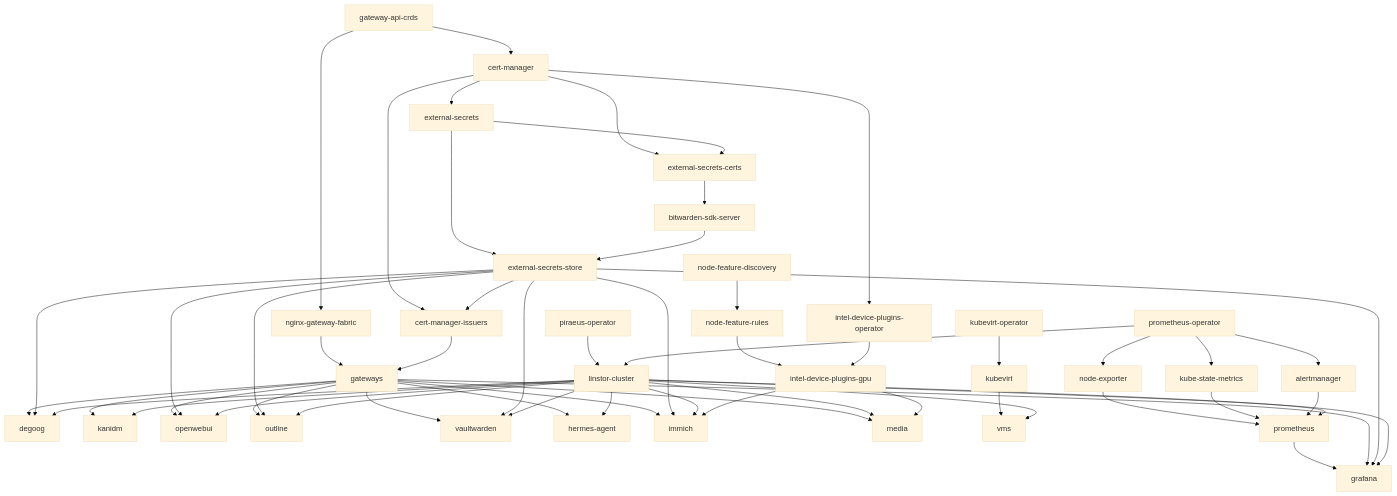
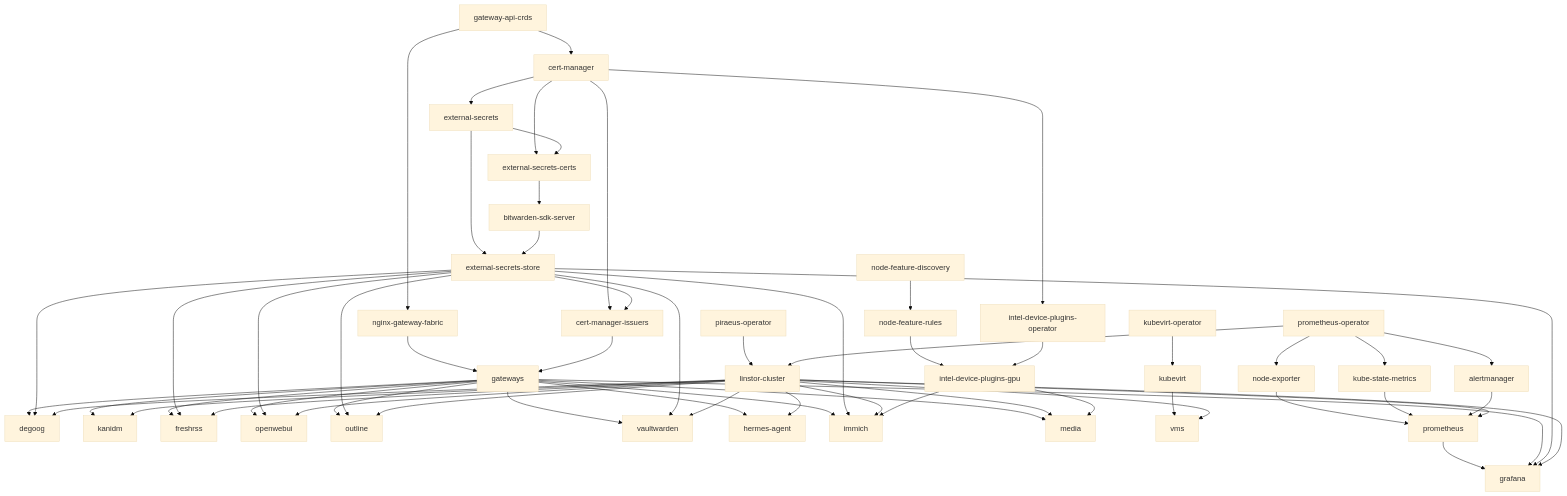
One commit to martinxtinto/k8s-flux changed the diagram in README.md. Above: the diagram before and after it, drawn with Mermaid (base theme). The commit also changed other lines of this file and 8 other files, not shown here.

````diff
--- a/README.md
+++ b/README.md
@@ -30,58 +30,61 @@
 ```mermaid
 flowchart TD
   gateway-api-crds --> cert-manager
   gateway-api-crds --> nginx-gateway-fabric
   cert-manager --> external-secrets
   cert-manager --> external-secrets-certs
   external-secrets --> external-secrets-certs
   external-secrets --> external-secrets-store
   external-secrets-certs --> bitwarden-sdk-server
   bitwarden-sdk-server --> external-secrets-store
   cert-manager --> cert-manager-issuers
   external-secrets-store --> cert-manager-issuers
   nginx-gateway-fabric --> gateways
   cert-manager-issuers --> gateways
   piraeus-operator --> linstor-cluster
   prometheus-operator --> linstor-cluster
   kubevirt-operator --> kubevirt
   cert-manager --> intel-device-plugins-operator
   node-feature-discovery --> node-feature-rules
   node-feature-rules --> intel-device-plugins-gpu
   intel-device-plugins-operator --> intel-device-plugins-gpu
   gateways --> degoog
   external-secrets-store --> degoog
   linstor-cluster --> degoog
   gateways --> kanidm
   linstor-cluster --> kanidm
+  gateways --> freshrss
+  external-secrets-store --> freshrss
+  linstor-cluster --> freshrss
   gateways --> openwebui
   external-secrets-store --> openwebui
   linstor-cluster --> openwebui
   gateways --> outline
   external-secrets-store --> outline
   linstor-cluster --> outline
   gateways --> vaultwarden
   external-secrets-store --> vaultwarden
   linstor-cluster --> vaultwarden
   gateways --> hermes-agent
   linstor-cluster --> hermes-agent
   gateways --> immich
   external-secrets-store --> immich
   linstor-cluster --> immich
   intel-device-plugins-gpu --> immich
   gateways --> media
   linstor-cluster --> media
   intel-device-plugins-gpu --> media
   kubevirt --> vms
   linstor-cluster --> vms
   prometheus-operator --> node-exporter
   prometheus-operator --> kube-state-metrics
   prometheus-operator --> alertmanager
   node-exporter --> prometheus
   kube-state-metrics --> prometheus
   alertmanager --> prometheus
   linstor-cluster --> prometheus
   prometheus --> grafana
   gateways --> grafana
   external-secrets-store --> grafana
   linstor-cluster --> grafana
 ```
````
